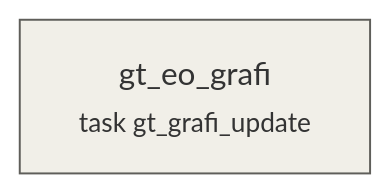
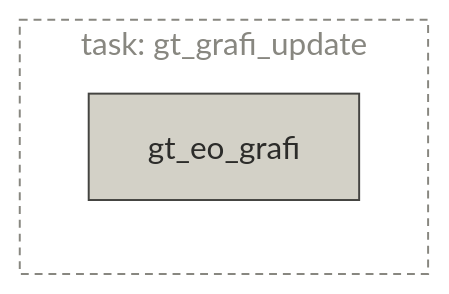
Before and after one commit to majazaloznik/umar-automation-scripts: the diagram in docs/pipelines/task-gt_grafi_update.md, drawn with Mermaid. The commit also changed 31 other files, not shown here.

Commit message:
Update mermaid plots in pipelines

````diff
--- a/docs/pipelines/task-gt_grafi_update.md
+++ b/docs/pipelines/task-gt_grafi_update.md
@@ -21,8 +21,12 @@
 ```mermaid
 flowchart LR
-  gt_eo_grafi["gt_eo_grafi<br/><small>task gt_grafi_update</small>"]:::step
-  classDef source fill:#FAECE7,stroke:#993C1D
-  classDef step fill:#F1EFE8,stroke:#5F5E5A
-  classDef store fill:#E1F5EE,stroke:#0F6E56
-  classDef output fill:#EEEDFE,stroke:#534AB7
+  
+  subgraph task_gt_grafi_update["task: gt_grafi_update"]
+    gt_eo_grafi["gt_eo_grafi"]:::step
+  end
+  style task_gt_grafi_update fill:none,stroke:#888780,stroke-dasharray:4 3,color:#888780
+  classDef source fill:#F0997B,stroke:#712B13,color:#4A1B0C,stroke-width:1px
+  classDef step fill:#D3D1C7,stroke:#444441,color:#2C2C2A,stroke-width:1px
+  classDef store fill:#5DCAA5,stroke:#085041,color:#04342C,stroke-width:1px
+  classDef output fill:#AFA9EC,stroke:#3C3489,color:#26215C,stroke-width:1px
 ```
````
